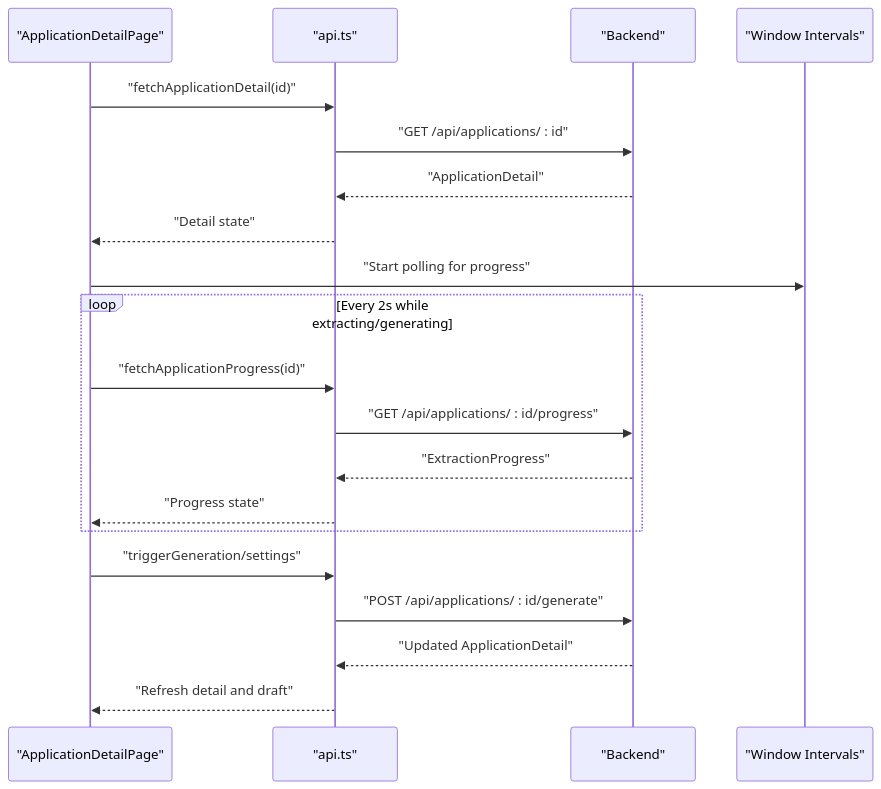
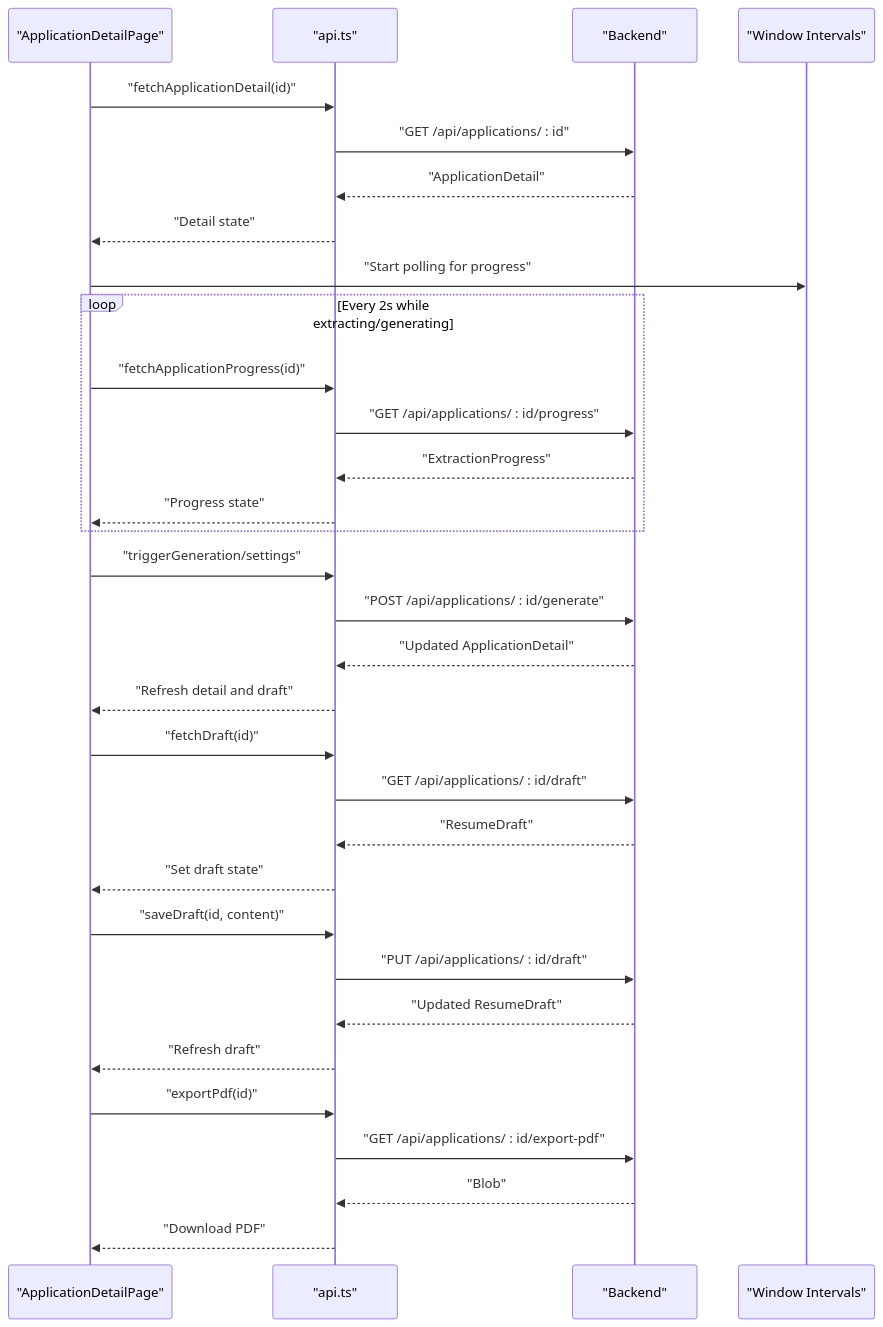
Before and after one commit to sankaL/resume-app: the sixth of 10 diagrams in .qoder/repowiki/en/content/Frontend Application/Frontend Application.md, drawn with Mermaid. The commit also changed other lines of this file and 19 other files, not shown here.

````diff
--- a/.qoder/repowiki/en/content/Frontend Application/Frontend Application.md
+++ b/.qoder/repowiki/en/content/Frontend Application/Frontend Application.md
@@ -265,22 +281,34 @@
 ```mermaid
 sequenceDiagram
 participant Page as "ApplicationDetailPage"
 participant API as "api.ts"
 participant BE as "Backend"
 participant Timer as "Window Intervals"
 Page->>API : "fetchApplicationDetail(id)"
 API->>BE : "GET /api/applications/ : id"
 BE-->>API : "ApplicationDetail"
 API-->>Page : "Detail state"
 Page->>Timer : "Start polling for progress"
 loop Every 2s while extracting/generating
 Page->>API : "fetchApplicationProgress(id)"
 API->>BE : "GET /api/applications/ : id/progress"
 BE-->>API : "ExtractionProgress"
 API-->>Page : "Progress state"
 end
 Page->>API : "triggerGeneration/settings"
 API->>BE : "POST /api/applications/ : id/generate"
 BE-->>API : "Updated ApplicationDetail"
 API-->>Page : "Refresh detail and draft"
+Page->>API : "fetchDraft(id)"
+API->>BE : "GET /api/applications/ : id/draft"
+BE-->>API : "ResumeDraft"
+API-->>Page : "Set draft state"
+Page->>API : "saveDraft(id, content)"
+API->>BE : "PUT /api/applications/ : id/draft"
+BE-->>API : "Updated ResumeDraft"
+API-->>Page : "Refresh draft"
+Page->>API : "exportPdf(id)"
+API->>BE : "GET /api/applications/ : id/export-pdf"
+BE-->>API : "Blob"
+API-->>Page : "Download PDF"
 ```
````
